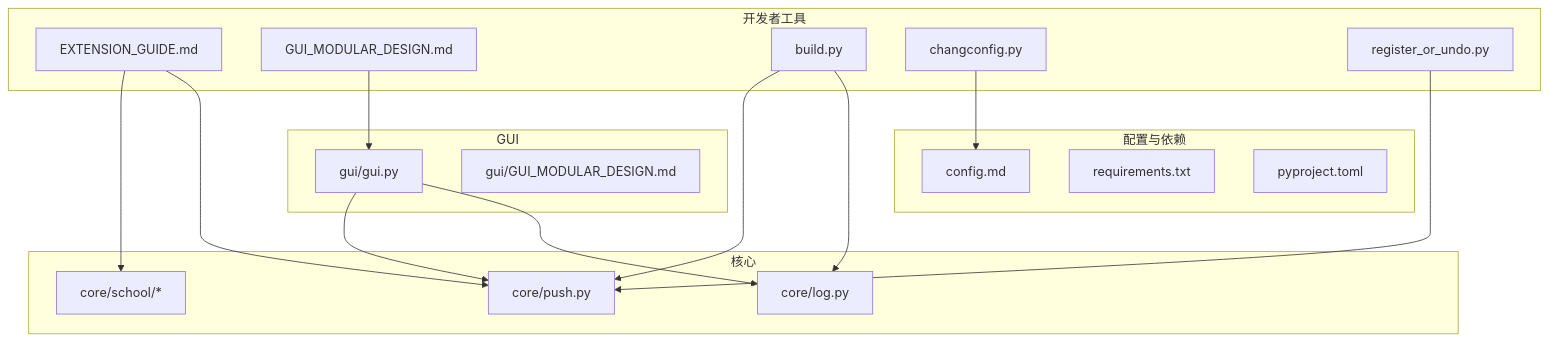
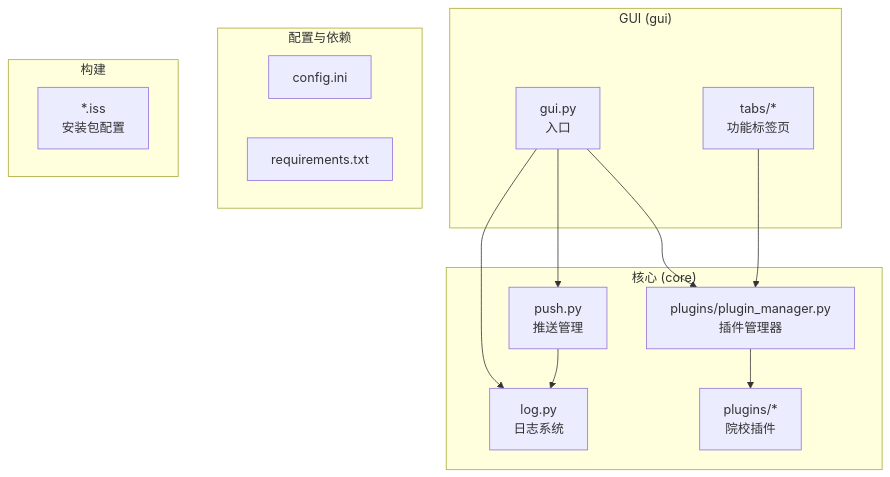
The first of 2 diagrams in .wiki/zh/content/开发者工具/开发者工具.md (pjnt9372/Capture_Push), drawn with Mermaid before and after one commit. The commit also changed other lines of this file and 37 other files, not shown here.

````diff
--- a/.wiki/zh/content/开发者工具/开发者工具.md
+++ b/.wiki/zh/content/开发者工具/开发者工具.md
@@ -46,33 +38,27 @@
 ```mermaid
 graph TB
-subgraph "开发者工具"
-DT_EXT["EXTENSION_GUIDE.md"]
-DT_GUI["GUI_MODULAR_DESIGN.md"]
-DT_BUILD["build.py"]
-DT_CHG["changconfig.py"]
-DT_REG["register_or_undo.py"]
+subgraph "核心 (core)"
+CORE_PUSH["push.py<br/>推送管理"]
+CORE_LOG["log.py<br/>日志系统"]
+CORE_PM["plugins/plugin_manager.py<br/>插件管理器"]
+CORE_PLUGINS["plugins/*<br/>院校插件"]
 end
-subgraph "核心"
-CORE_PUSH["core/push.py"]
-CORE_LOG["core/log.py"]
-CORE_SCHOOL["core/school/*"]
-end
-subgraph "GUI"
-GUI_MAIN["gui/gui.py"]
-GUI_DOC["gui/GUI_MODULAR_DESIGN.md"]
+subgraph "GUI (gui)"
+GUI_MAIN["gui.py<br/>入口"]
+GUI_TABS["tabs/*<br/>功能标签页"]
 end
 subgraph "配置与依赖"
-CFG_MD["config.md"]
-REQ_TXT["requirements.txt"]
-PY_TOML["pyproject.toml"]
+CFG["config.ini"]
+REQ["requirements.txt"]
 end
-DT_EXT --> CORE_SCHOOL
-DT_EXT --> CORE_PUSH
-DT_GUI --> GUI_MAIN
-DT_BUILD --> CORE_PUSH
-DT_BUILD --> CORE_LOG
-DT_CHG --> CFG_MD
-DT_REG --> CORE_PUSH
+subgraph "构建"
+INNO["*.iss<br/>安装包配置"]
+end
+
 GUI_MAIN --> CORE_PUSH
 GUI_MAIN --> CORE_LOG
+GUI_MAIN --> CORE_PM
+CORE_PM --> CORE_PLUGINS
+CORE_PUSH --> CORE_LOG
+GUI_TABS --> CORE_PM
 ```
````
